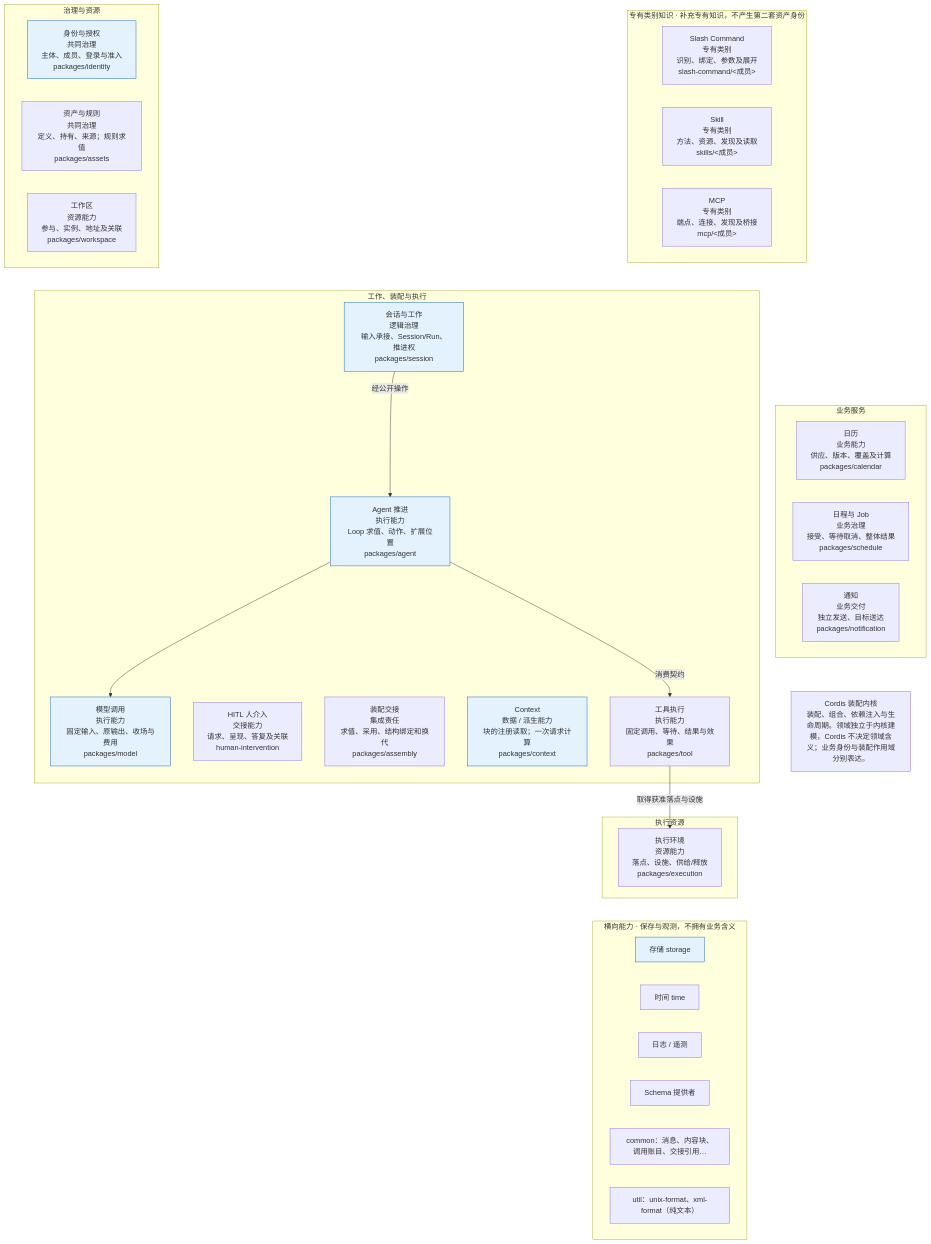
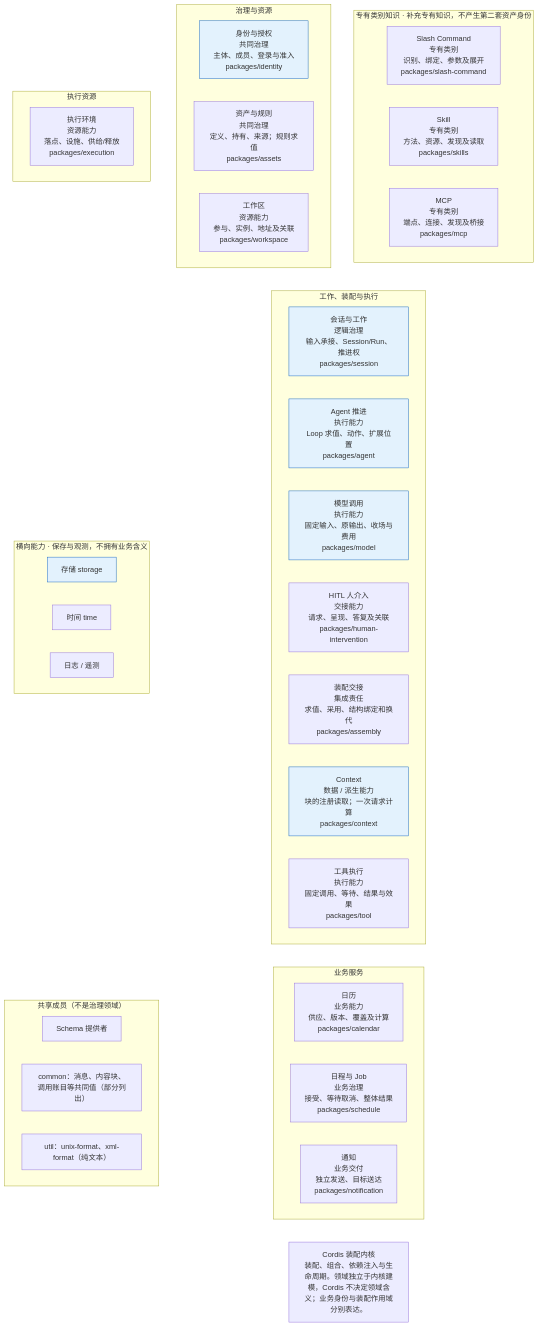
The first of 4 diagrams in docs/orientation.md (nemori-ai/omne-harness-lite), drawn with Mermaid before and after one commit. The commit also changed other lines of this file and 1 other file, not shown here.

First line of the commit message:
docs: 开工定向页按冻结头事实修正冲突标注与图（#767 修复轮）

````diff
--- a/docs/orientation.md
+++ b/docs/orientation.md
@@ -21,54 +22,52 @@
 ```mermaid
 flowchart TB
   subgraph gov["治理与资源"]
     identity["身份与授权<br/>共同治理<br/>主体、成员、登录与准入<br/>packages/identity"]
     assets["资产与规则<br/>共同治理<br/>定义、持有、来源；规则求值<br/>packages/assets"]
     workspace["工作区<br/>资源能力<br/>参与、实例、地址及关联<br/>packages/workspace"]
   end
   subgraph kinds["专有类别知识 · 补充专有知识，不产生第二套资产身份"]
-    slash["Slash Command<br/>专有类别<br/>识别、绑定、参数及展开<br/>slash-command/#lt;成员#gt;"]
-    skill["Skill<br/>专有类别<br/>方法、资源、发现及读取<br/>skills/#lt;成员#gt;"]
-    mcp["MCP<br/>专有类别<br/>端点、连接、发现及桥接<br/>mcp/#lt;成员#gt;"]
+    slash["Slash Command<br/>专有类别<br/>识别、绑定、参数及展开<br/>packages/slash-command"]
+    skill["Skill<br/>专有类别<br/>方法、资源、发现及读取<br/>packages/skills"]
+    mcp["MCP<br/>专有类别<br/>端点、连接、发现及桥接<br/>packages/mcp"]
   end
   subgraph work["工作、装配与执行"]
     session["会话与工作<br/>逻辑治理<br/>输入承接、Session/Run、推进权<br/>packages/session"]
     agent["Agent 推进<br/>执行能力<br/>Loop 求值、动作、扩展位置<br/>packages/agent"]
     model["模型调用<br/>执行能力<br/>固定输入、原输出、收场与费用<br/>packages/model"]
-    hitl["HITL 人介入<br/>交接能力<br/>请求、呈现、答复及关联<br/>human-intervention"]
+    hitl["HITL 人介入<br/>交接能力<br/>请求、呈现、答复及关联<br/>packages/human-intervention"]
     assembly["装配交接<br/>集成责任<br/>求值、采用、结构绑定和换代<br/>packages/assembly"]
     context["Context<br/>数据 / 派生能力<br/>块的注册读取；一次请求计算<br/>packages/context"]
     tool["工具执行<br/>执行能力<br/>固定调用、等待、结果与效果<br/>packages/tool"]
   end
   subgraph res["执行资源"]
     env["执行环境<br/>资源能力<br/>落点、设施、供给/释放<br/>packages/execution"]
   end
   subgraph biz["业务服务"]
     calendar["日历<br/>业务能力<br/>供应、版本、覆盖及计算<br/>packages/calendar"]
     schedule["日程与 Job<br/>业务治理<br/>接受、等待取消、整体结果<br/>packages/schedule"]
     notification["通知<br/>业务交付<br/>独立发送、目标送达<br/>packages/notification"]
   end
   subgraph cross["横向能力 · 保存与观测，不拥有业务含义"]
     storage["存储 storage"]
     clock["时间 time"]
     telemetry["日志 / 遥测"]
+  end
+  subgraph sharedMembers["共享成员（不是治理领域）"]
     schema["Schema 提供者"]
-    common["common：消息、内容块、调用账目、交接引用…"]
+    common["common：消息、内容块、调用账目等共同值（部分列出）"]
     util["util：unix-format、xml-format（纯文本）"]
   end
   cordis["Cordis 装配内核<br/>装配、组合、依赖注入与生命周期。领域独立于内核建模，Cordis 不决定领域含义；业务身份与装配作用域分别表达。"]
-
-  session -->|"经公开操作"| agent
-  agent --> model
-  agent -->|"消费契约"| tool
-  tool -->|"取得获准落点与设施"| env
 
   %% 以下 ~~~ 是不可见的排版连线，不表示任何关系
   gov ~~~ work
   kinds ~~~ work
   work ~~~ biz
   res ~~~ cross
+  cross ~~~ sharedMembers
   biz ~~~ cordis
 
   classDef loaded fill:#e3f2fd,stroke:#1565c0
   class identity,session,agent,model,context,storage loaded
 ```
````
